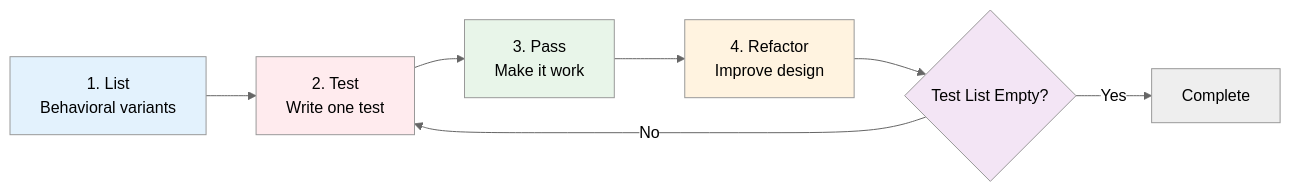
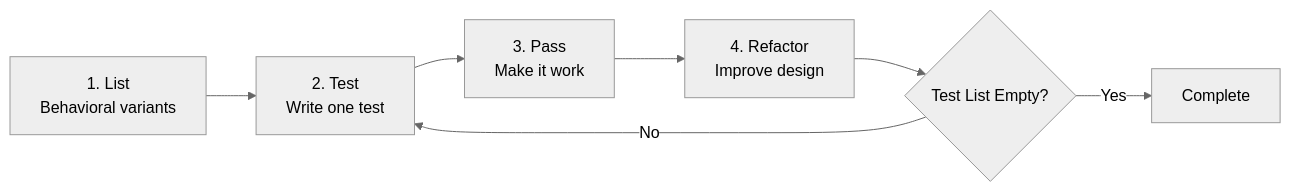
Before and after one commit to ready-to-release/eac: the first of 5 diagrams in docs/explanation/specifications/three-layer-approach.md, drawn with Mermaid (neutral theme). The commit also changed other lines of this file and 28 other files, not shown here.

````diff
--- a/docs/explanation/specifications/three-layer-approach.md
+++ b/docs/explanation/specifications/three-layer-approach.md
@@ -91,15 +91,10 @@
 ```mermaid
 flowchart LR
     List[1. List<br/>Behavioral variants] --> Test[2. Test<br/>Write one test]
     Test --> Pass[3. Pass<br/>Make it work]
     Pass --> Refactor[4. Refactor<br/>Improve design]
     Refactor --> Repeat{Test List Empty?}
     Repeat -->|No| Test
     Repeat -->|Yes| Done[Complete]
 
-    style List fill:#e3f2fd,color:#000
-    style Test fill:#ffebee,color:#000
-    style Pass fill:#e8f5e9,color:#000
-    style Refactor fill:#fff3e0,color:#000
-    style Repeat fill:#f3e5f5,color:#000
 ```
````
